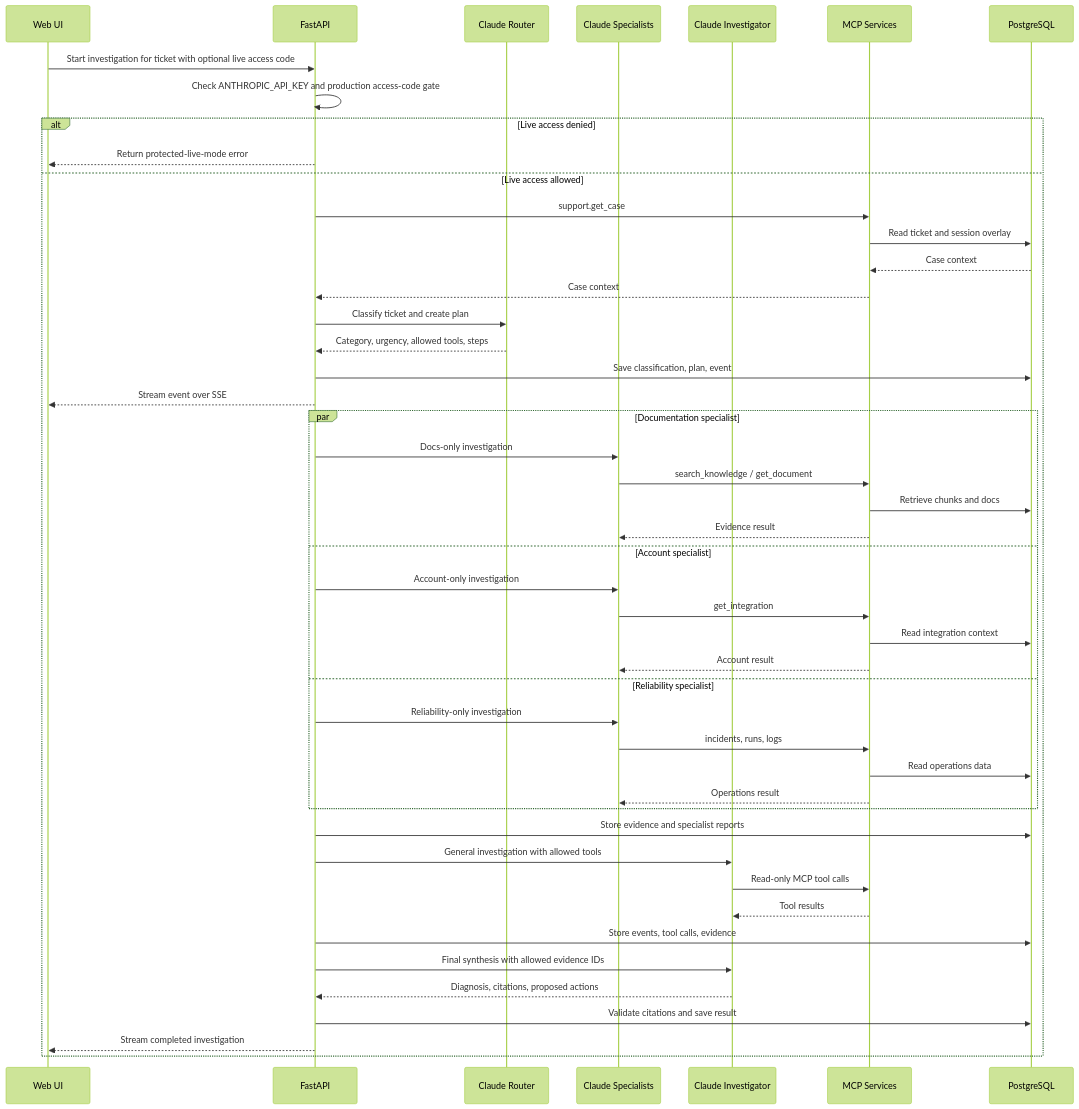
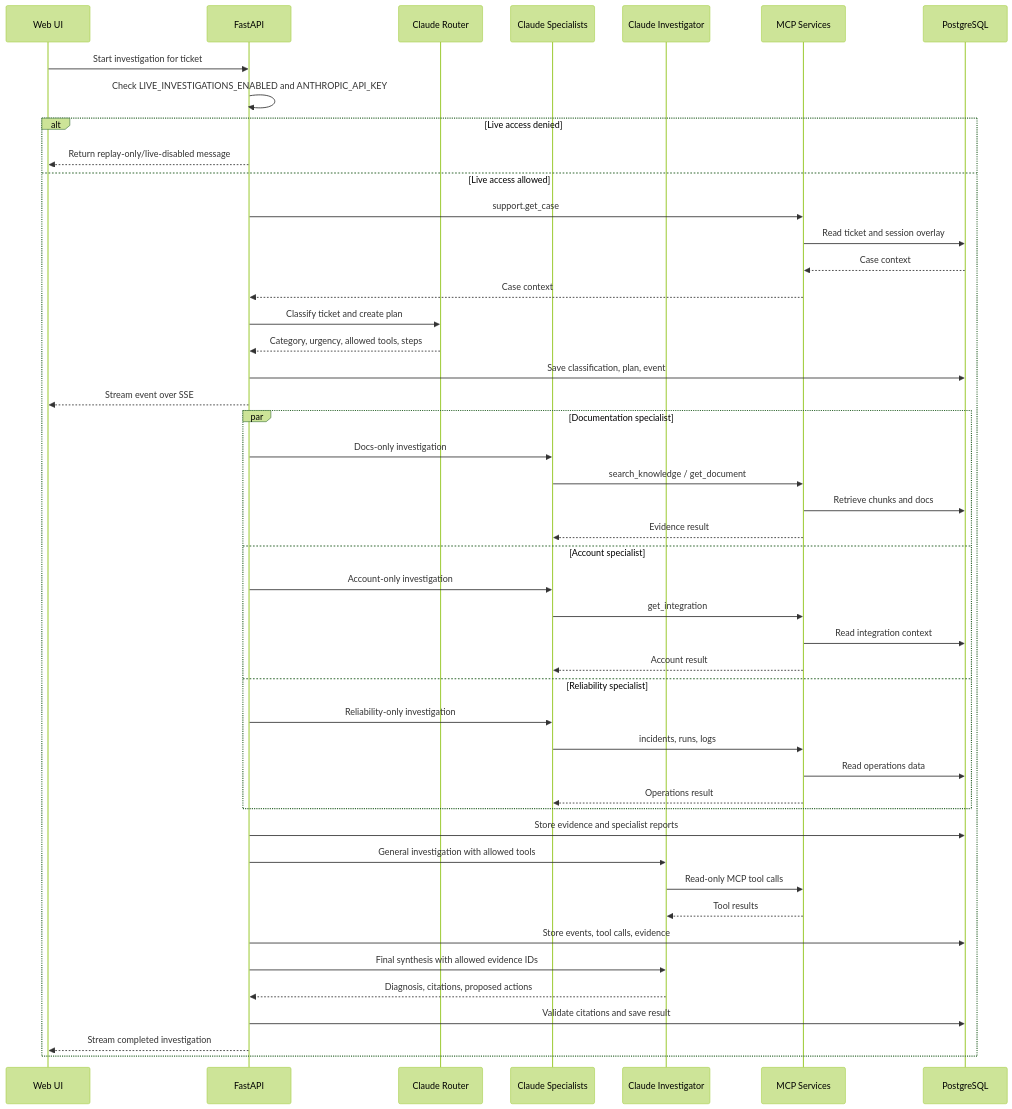
The fifth of 10 diagrams in docs/project-flowcharts.md (TahaRasheed740/agentic-mcp-support-ops-console), drawn with Mermaid (forest theme) before and after one commit. The commit also changed other lines of this file and 18 other files, not shown here.

Commit message:
Harden replay-only public deployment mode

````diff
--- a/docs/project-flowcharts.md
+++ b/docs/project-flowcharts.md
@@ -142,54 +142,54 @@
 ```mermaid
 sequenceDiagram
     participant UI as Web UI
     participant API as FastAPI
     participant Router as Claude Router
     participant Specs as Claude Specialists
     participant Inv as Claude Investigator
     participant MCP as MCP Services
     participant DB as PostgreSQL
 
-    UI->>API: Start investigation for ticket with optional live access code
-    API->>API: Check ANTHROPIC_API_KEY and production access-code gate
+    UI->>API: Start investigation for ticket
+    API->>API: Check LIVE_INVESTIGATIONS_ENABLED and ANTHROPIC_API_KEY
     alt Live access denied
-        API-->>UI: Return protected-live-mode error
+        API-->>UI: Return replay-only/live-disabled message
     else Live access allowed
     API->>MCP: support.get_case
     MCP->>DB: Read ticket and session overlay
     DB-->>MCP: Case context
     MCP-->>API: Case context
 
     API->>Router: Classify ticket and create plan
     Router-->>API: Category, urgency, allowed tools, steps
     API->>DB: Save classification, plan, event
     API-->>UI: Stream event over SSE
 
     par Documentation specialist
         API->>Specs: Docs-only investigation
         Specs->>MCP: search_knowledge / get_document
         MCP->>DB: Retrieve chunks and docs
         MCP-->>Specs: Evidence result
     and Account specialist
         API->>Specs: Account-only investigation
         Specs->>MCP: get_integration
         MCP->>DB: Read integration context
         MCP-->>Specs: Account result
     and Reliability specialist
         API->>Specs: Reliability-only investigation
         Specs->>MCP: incidents, runs, logs
         MCP->>DB: Read operations data
         MCP-->>Specs: Operations result
     end
 
     API->>DB: Store evidence and specialist reports
     API->>Inv: General investigation with allowed tools
     Inv->>MCP: Read-only MCP tool calls
     MCP-->>Inv: Tool results
     API->>DB: Store events, tool calls, evidence
 
     API->>Inv: Final synthesis with allowed evidence IDs
     Inv-->>API: Diagnosis, citations, proposed actions
     API->>DB: Validate citations and save result
     API-->>UI: Stream completed investigation
     end
 ```
````
